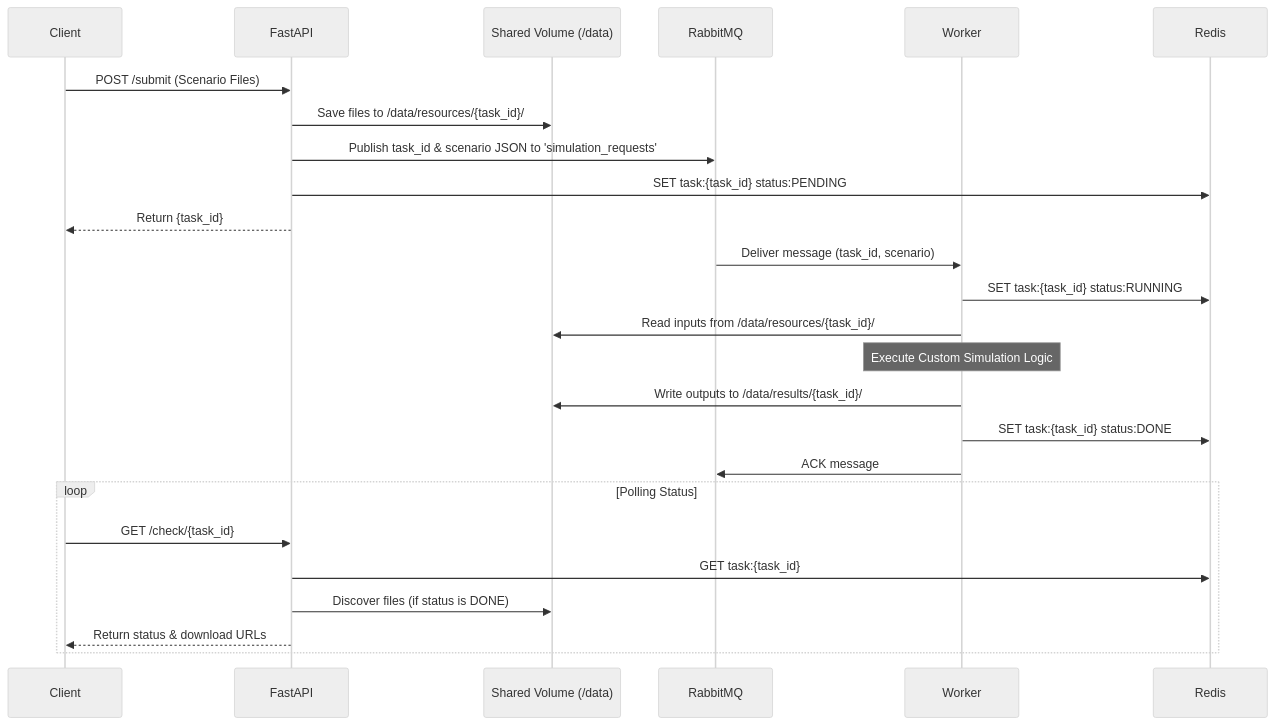
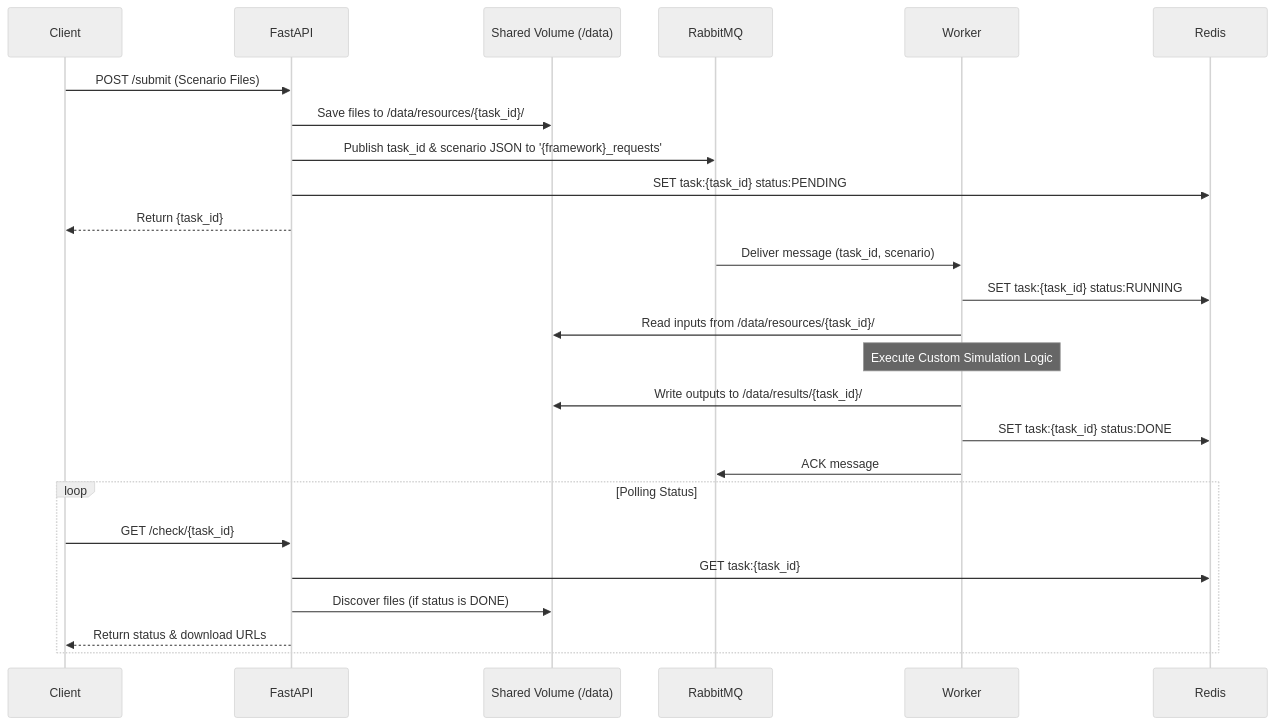
Before and after one commit to NFDI4Energy/nfdi4energy-simulation-server: the second of 2 diagrams in README.md, drawn with Mermaid (neutral theme). The commit also changed other lines of this file and 3 other files, not shown here.

````diff
--- a/README.md
+++ b/README.md
@@ -34,32 +34,32 @@
 ```mermaid
 sequenceDiagram
     participant Client
     participant FastAPI
     participant SharedVolume as Shared Volume (/data)
     participant RabbitMQ
     participant Worker
     participant Redis
 
     Client->>FastAPI: POST /submit (Scenario Files)
     FastAPI->>SharedVolume: Save files to /data/resources/{task_id}/
-    FastAPI->>RabbitMQ: Publish task_id & scenario JSON to 'simulation_requests'
+    FastAPI->>RabbitMQ: Publish task_id & scenario JSON to '{framework}_requests'
     FastAPI->>Redis: SET task:{task_id} status:PENDING
     FastAPI-->>Client: Return {task_id}
 
     RabbitMQ->>Worker: Deliver message (task_id, scenario)
     Worker->>Redis: SET task:{task_id} status:RUNNING
     Worker->>SharedVolume: Read inputs from /data/resources/{task_id}/
     
     Note over Worker: Execute Custom Simulation Logic
 
     Worker->>SharedVolume: Write outputs to /data/results/{task_id}/
     Worker->>Redis: SET task:{task_id} status:DONE
     Worker->>RabbitMQ: ACK message
 
     loop Polling Status
         Client->>FastAPI: GET /check/{task_id}
         FastAPI->>Redis: GET task:{task_id}
         FastAPI->>SharedVolume: Discover files (if status is DONE)
         FastAPI-->>Client: Return status & download URLs
     end
 ```
````
